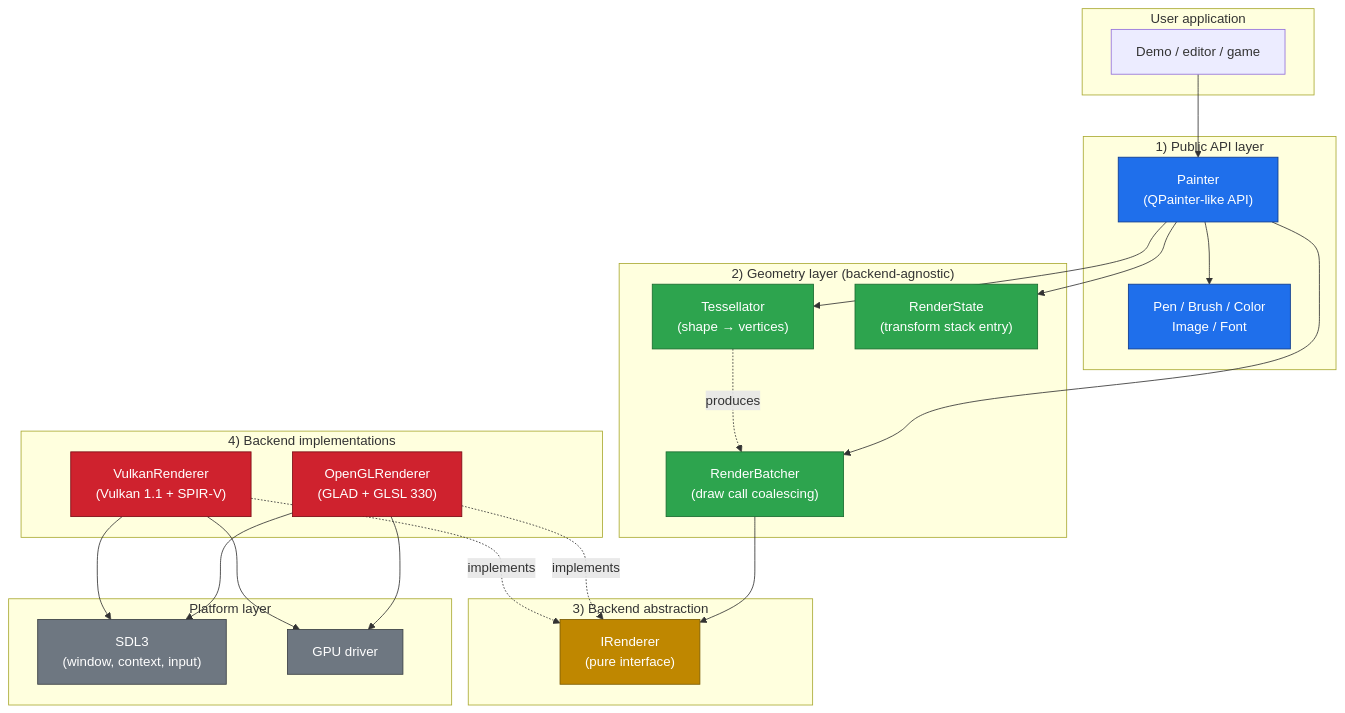
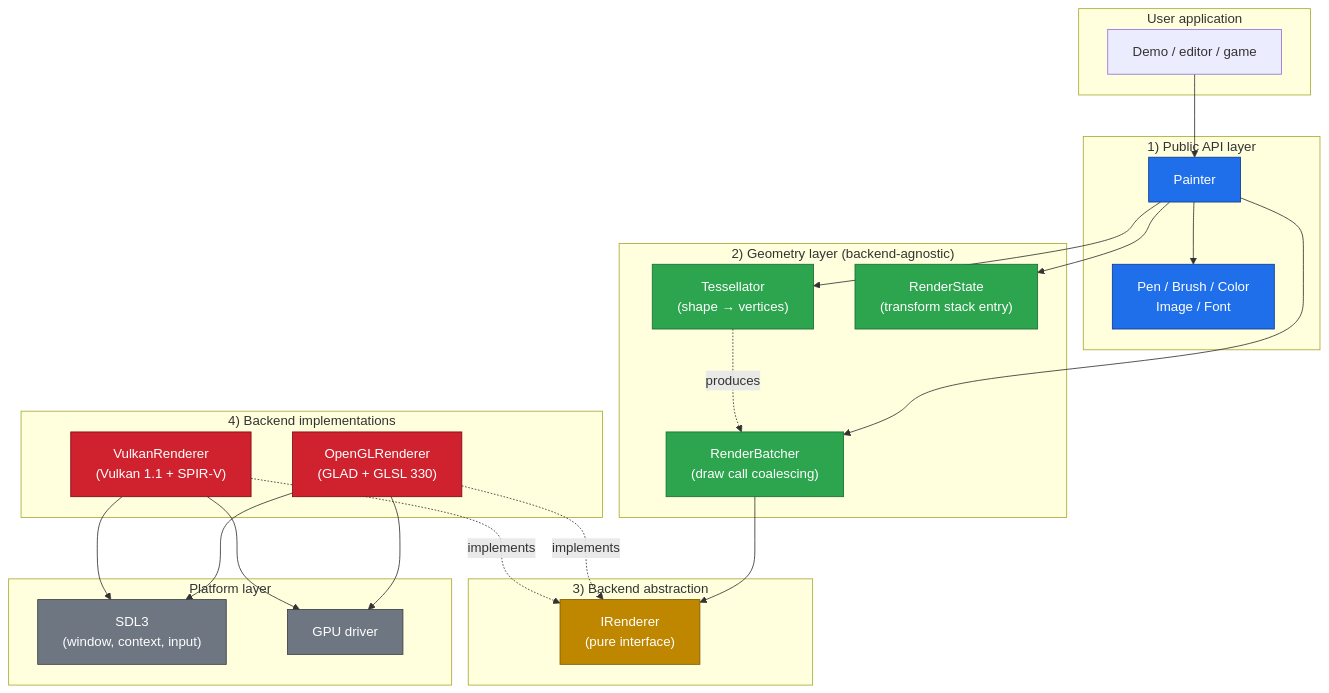
The first of 4 diagrams in doc/architecture.md (yazilimperver/sdl-painter), drawn with Mermaid before and after one commit. The commit also changed other lines of this file and 28 other files, not shown here.

````diff
--- a/doc/architecture.md
+++ b/doc/architecture.md
@@ -17,57 +17,57 @@
 ```mermaid
 flowchart TB
     subgraph user["User application"]
         APP["Demo / editor / game"]
     end
 
     subgraph api["1) Public API layer"]
-        PAINTER["Painter<br/>(QPainter-like API)"]
+        PAINTER["Painter<br/>"]
         STYLE["Pen / Brush / Color<br/>Image / Font"]
     end
 
     subgraph mid["2) Geometry layer (backend-agnostic)"]
         TESS["Tessellator<br/>(shape → vertices)"]
         STATE["RenderState<br/>(transform stack entry)"]
         BATCH["RenderBatcher<br/>(draw call coalescing)"]
     end
 
     subgraph backend["3) Backend abstraction"]
         IRENDER["IRenderer<br/>(pure interface)"]
     end
 
     subgraph impl["4) Backend implementations"]
         OGL["OpenGLRenderer<br/>(GLAD + GLSL 330)"]
         VK["VulkanRenderer<br/>(Vulkan 1.1 + SPIR-V)"]
     end
 
     subgraph plat["Platform layer"]
         SDL["SDL3<br/>(window, context, input)"]
         GPU["GPU driver"]
     end
 
     APP --> PAINTER
     PAINTER --> STYLE
     PAINTER --> TESS
     PAINTER --> STATE
     PAINTER --> BATCH
     BATCH --> IRENDER
     TESS -.produces.-> BATCH
     OGL -.implements.-> IRENDER
     VK -.implements.-> IRENDER
     OGL --> SDL
     VK --> SDL
     OGL --> GPU
     VK --> GPU
 
     classDef apiCls fill:#1f6feb,stroke:#0d3a8c,color:#fff
     classDef midCls fill:#2da44e,stroke:#1a6b30,color:#fff
     classDef backCls fill:#bf8700,stroke:#7a5a00,color:#fff
     classDef implCls fill:#cf222e,stroke:#7a0a14,color:#fff
     classDef platCls fill:#6e7781,stroke:#3a3f44,color:#fff
 
     class PAINTER,STYLE apiCls
     class TESS,STATE,BATCH midCls
     class IRENDER backCls
     class OGL,VK implCls
     class SDL,GPU platCls
 ```
````
